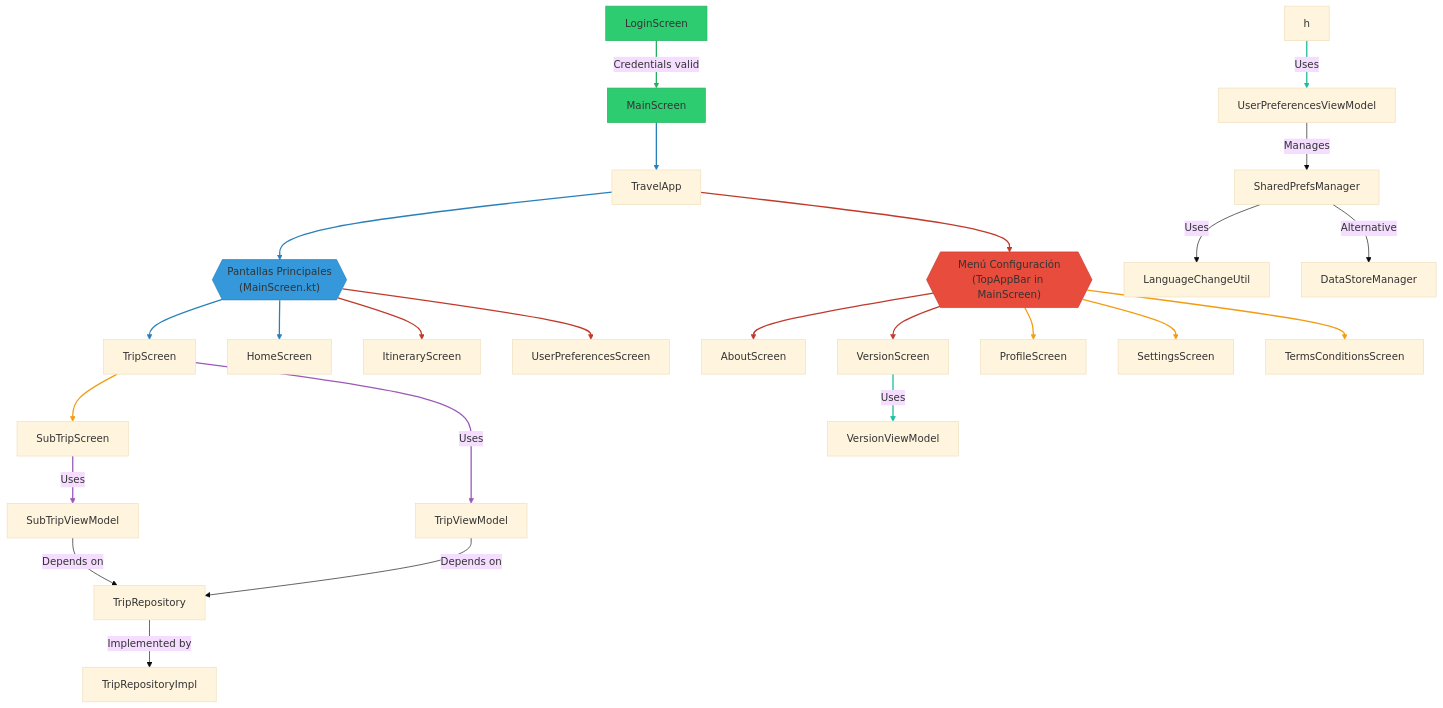
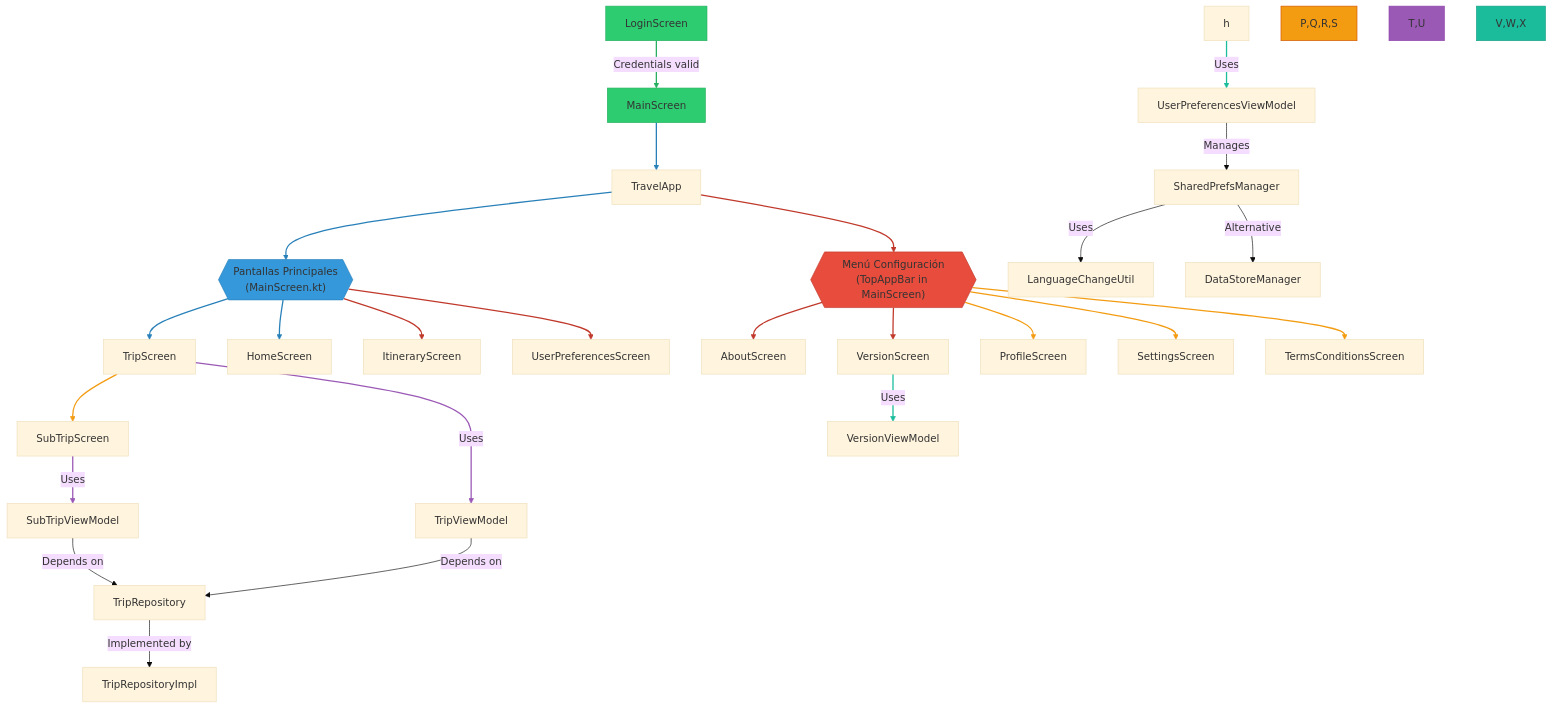
One commit to GEI3-Udl-2025/Travel_World changed the second of 2 diagrams in documentation/design.md. Above: the diagram before and after it, drawn with Mermaid (base theme).

````diff
--- a/documentation/design.md
+++ b/documentation/design.md
@@ -21,44 +21,47 @@
 ```mermaid
 flowchart TD
     %% ===== Main Flow =====
     A[LoginScreen] -->|"Credentials valid"| B[MainScreen]
     B --> C[TravelApp]
     C --> D{{"Pantallas Principales\n(MainScreen.kt)"}}
     D --> E[TripScreen]
     D --> F[HomeScreen]
     D --> G[ItineraryScreen]
     D --> H[UserPreferencesScreen]
     C --> I{{"Menú Configuración\n(TopAppBar in MainScreen)"}}
     I --> J[AboutScreen]
     I --> K[VersionScreen]
     I --> L[ProfileScreen]
     I --> M[SettingsScreen]
     I --> N[TermsConditionsScreen]
     E --> O[SubTripScreen]
 
     %% ===== Data Connections =====
     E -->|"Uses"| P[TripViewModel]
     O -->|"Uses"| Q[SubTripViewModel]
     h -->|"Uses"| R[UserPreferencesViewModel]
     K -->|"Uses"| S[VersionViewModel]
     
     P & Q -->|"Depends on"| T[TripRepository]
     T -->|"Implemented by"| U[TripRepositoryImpl]
     R -->|"Manages"| V[SharedPrefsManager]
     V -->|"Uses"| W[LanguageChangeUtil]
     V -->|"Alternative"| X[DataStoreManager]
 
     %% ===== Style =====
     style A fill:#2ecc71,stroke:#27ae60
     style B fill:#2ecc71,stroke:#27ae60
     style D fill:#3498db,stroke:#2980b9
     style I fill:#e74c3c,stroke:#c0392b
+    style P,Q,R,S fill:#f39c12,stroke:#d35400
+    style T,U fill:#9b59b6,stroke:#8e44ad
+    style V,W,X fill:#1abc9c,stroke:#16a085
 
     %% ===== Legend =====
     linkStyle 0 stroke:#27ae60,stroke-width:2px
     linkStyle 1,2,3,4 stroke:#2980b9,stroke-width:2px
     linkStyle 5,6,7,8,9 stroke:#c0392b,stroke-width:2px
     linkStyle 10,11,12,13 stroke:#f39c12,stroke-width:2px
     linkStyle 14,15 stroke:#9b59b6,stroke-width:2px
     linkStyle 16,17 stroke:#1abc9c,stroke-width:2px
 ```
````
